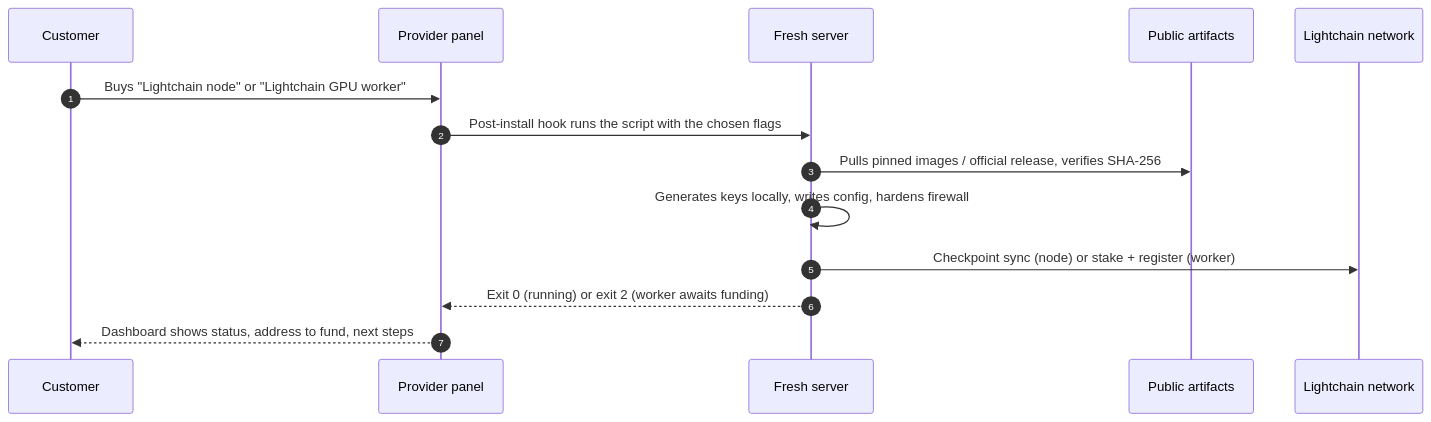
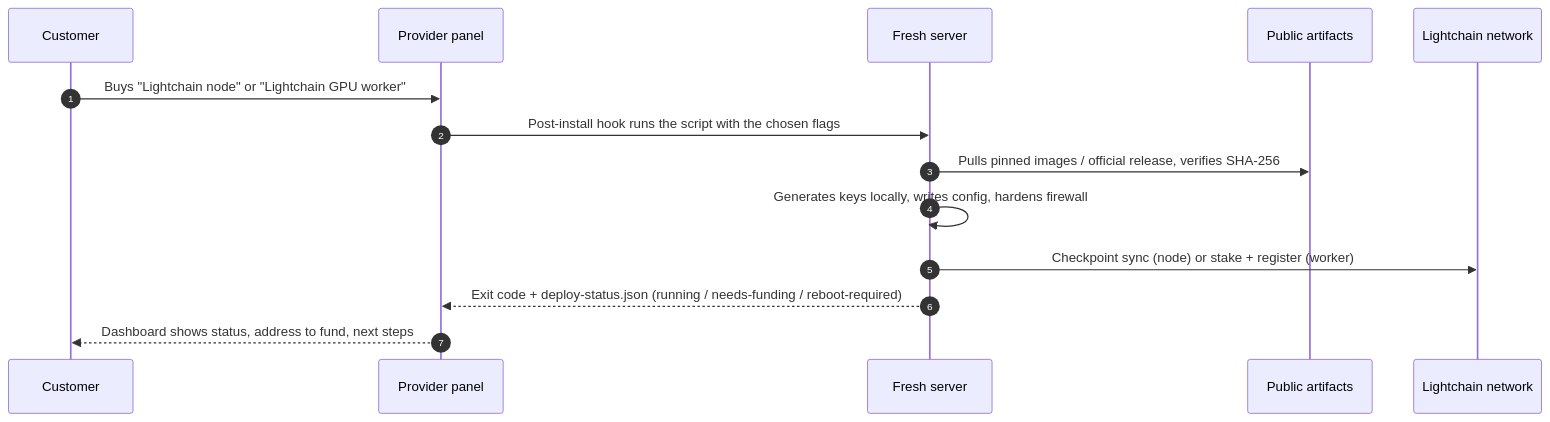
The first of 3 diagrams in README.md (lightchain-protocol/lightchain-rails), drawn with Mermaid before and after one commit. The commit also changed other lines of this file and 2 other files, not shown here.

````diff
--- a/README.md
+++ b/README.md
@@ -51,17 +53,17 @@
 ```mermaid
 sequenceDiagram
     autonumber
     participant C as Customer
     participant P as Provider panel
     participant S as Fresh server
     participant G as Public artifacts
     participant L as Lightchain network
 
     C->>P: Buys "Lightchain node" or "Lightchain GPU worker"
     P->>S: Post-install hook runs the script with the chosen flags
     S->>G: Pulls pinned images / official release, verifies SHA-256
     S->>S: Generates keys locally, writes config, hardens firewall
     S->>L: Checkpoint sync (node) or stake + register (worker)
-    S-->>P: Exit 0 (running) or exit 2 (worker awaits funding)
+    S-->>P: Exit code + deploy-status.json (running / needs-funding / reboot-required)
     P-->>C: Dashboard shows status, address to fund, next steps
 ```
````
